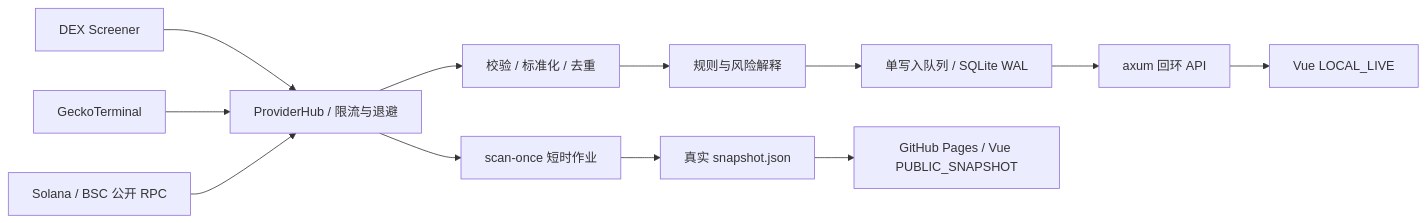
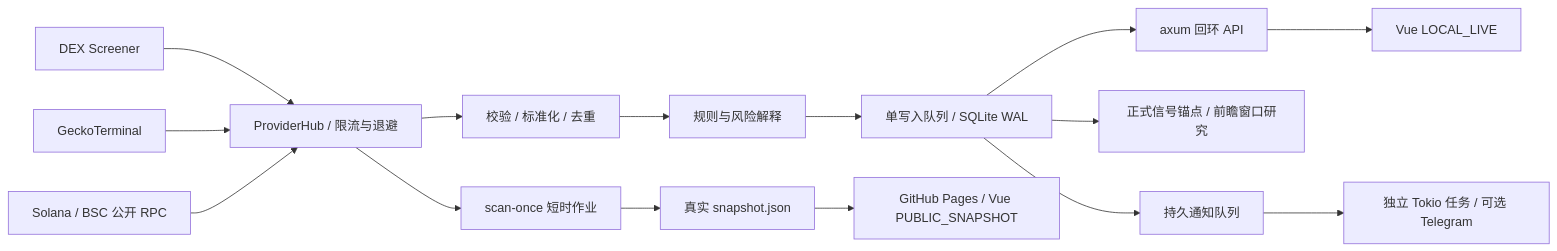
The diagram in docs/ARCHITECTURE.md (Callmecx/chainflow-intelligence), drawn with Mermaid before and after one commit. The commit also changed other lines of this file and 35 other files, not shown here.

Commit message:
docs: document Rust portfolio architecture and real V1.1 acceptance evidence

````diff
--- a/docs/ARCHITECTURE.md
+++ b/docs/ARCHITECTURE.md
@@ -5,14 +5,17 @@
 ```mermaid
 flowchart LR
   D[DEX Screener] --> P[ProviderHub / 限流与退避]
   G[GeckoTerminal] --> P
   R[Solana / BSC 公开 RPC] --> P
   P --> V[校验 / 标准化 / 去重]
   V --> E[规则与风险解释]
   E --> W[单写入队列 / SQLite WAL]
   W --> A[axum 回环 API]
   A --> U[Vue LOCAL_LIVE]
+  W --> O[正式信号锚点 / 前瞻窗口研究]
+  W --> Q[持久通知队列]
+  Q --> T[独立 Tokio 任务 / 可选 Telegram]
   P --> C[scan-once 短时作业]
   C --> S[真实 snapshot.json]
   S --> H[GitHub Pages / Vue PUBLIC_SNAPSHOT]
 ```
````
